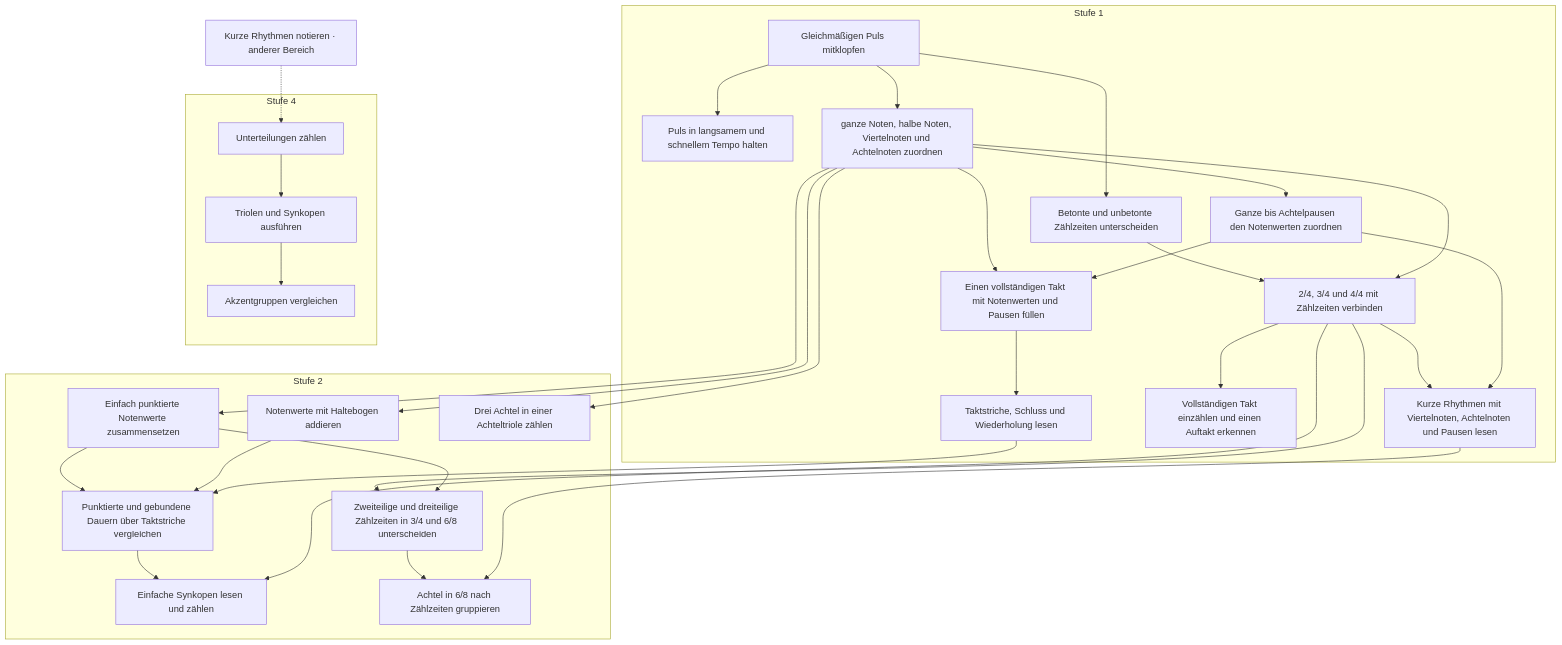
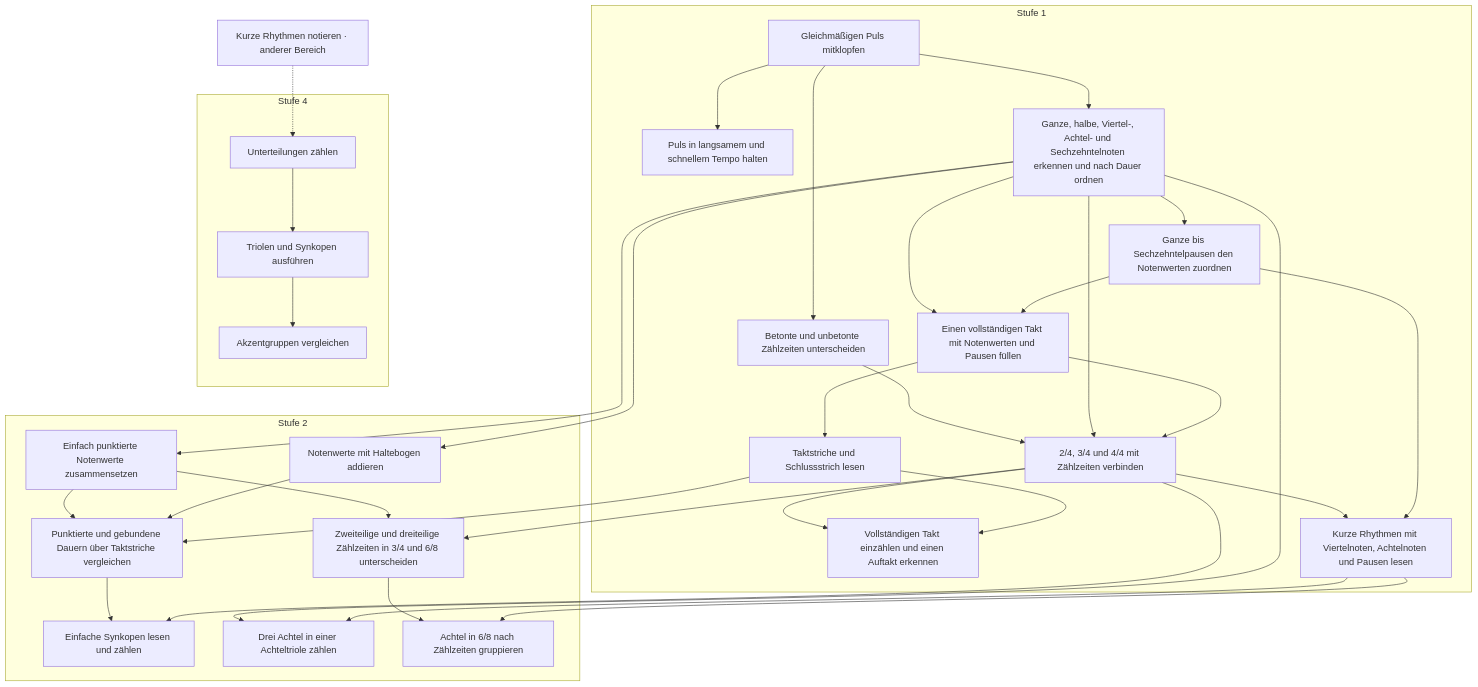
One commit to PhiFa96/harmonia changed the fourth of 16 diagrams in docs/plan/faehigkeitsgraph-diagramme.md. Above: the diagram before and after it, drawn with Mermaid. The commit also changed other lines of this file and 16 other files, not shown here.

First line of the commit message:
fix(content): Graphkorrekturen Stufe 1 und 2 aus der Fachprüfung (Katalogversion 17)

````diff
--- a/docs/plan/faehigkeitsgraph-diagramme.md
+++ b/docs/plan/faehigkeitsgraph-diagramme.md
@@ -321,57 +327,60 @@
 ```mermaid
 flowchart TD
   subgraph level1["Stufe 1"]
     s12["Gleichmäßigen Puls mitklopfen"]
     s13["Puls in langsamem und schnellem Tempo halten"]
     s14["Betonte und unbetonte Zählzeiten unterscheiden"]
-    s15["ganze Noten, halbe Noten, Viertelnoten und Achtelnoten zuordnen"]
-    s16["Ganze bis Achtelpausen den Notenwerten zuordnen"]
+    s15["Ganze, halbe, Viertel-, Achtel- und Sechzehntelnoten erkennen und nach Dauer ordnen"]
+    s16["Ganze bis Sechzehntelpausen den Notenwerten zuordnen"]
     s17["Einen vollständigen Takt mit Notenwerten und Pausen füllen"]
-    s18["Taktstriche, Schluss und Wiederholung lesen"]
+    s18["Taktstriche und Schlussstrich lesen"]
     s19["2/4, 3/4 und 4/4 mit Zählzeiten verbinden"]
     s20["Vollständigen Takt einzählen und einen Auftakt erkennen"]
     s21["Kurze Rhythmen mit Viertelnoten, Achtelnoten und Pausen lesen"]
   end
   subgraph level2["Stufe 2"]
     s46["Einfach punktierte Notenwerte zusammensetzen"]
     s47["Notenwerte mit Haltebogen addieren"]
     s48["Punktierte und gebundene Dauern über Taktstriche vergleichen"]
     s49["Einfache Synkopen lesen und zählen"]
     s50["Drei Achtel in einer Achteltriole zählen"]
     s51["Zweiteilige und dreiteilige Zählzeiten in 3/4 und 6/8 unterscheiden"]
     s52["Achtel in 6/8 nach Zählzeiten gruppieren"]
   end
   subgraph level4["Stufe 4"]
     s129["Unterteilungen zählen"]
     s130["Triolen und Synkopen ausführen"]
     s131["Akzentgruppen vergleichen"]
   end
   s106["Kurze Rhythmen notieren · anderer Bereich"]
   s12 --> s13
   s12 --> s14
   s12 --> s15
   s15 --> s16
   s15 --> s17
   s16 --> s17
   s17 --> s18
   s14 --> s19
   s15 --> s19
+  s17 --> s19
   s19 --> s20
+  s18 --> s20
   s19 --> s21
   s16 --> s21
   s15 --> s46
   s15 --> s47
   s46 --> s48
   s47 --> s48
   s18 --> s48
   s48 --> s49
   s19 --> s49
   s15 --> s50
+  s21 --> s50
   s19 --> s51
   s46 --> s51
   s51 --> s52
   s21 --> s52
   s106 -.-> s129
   s129 --> s130
   s130 --> s131
 ```
````
